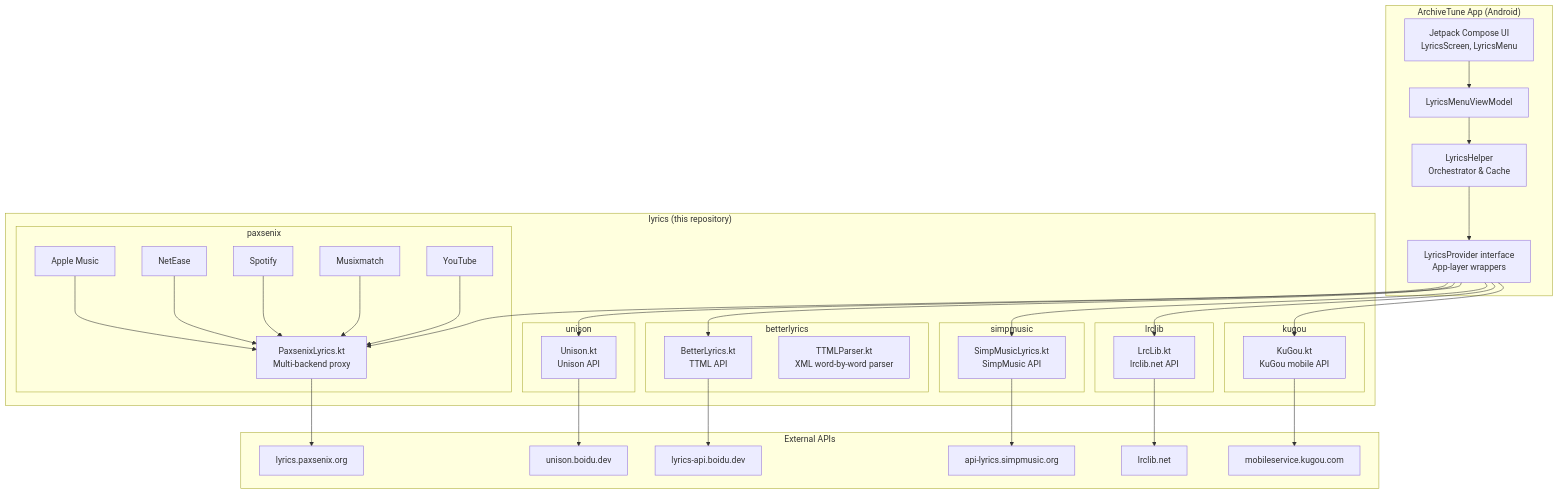
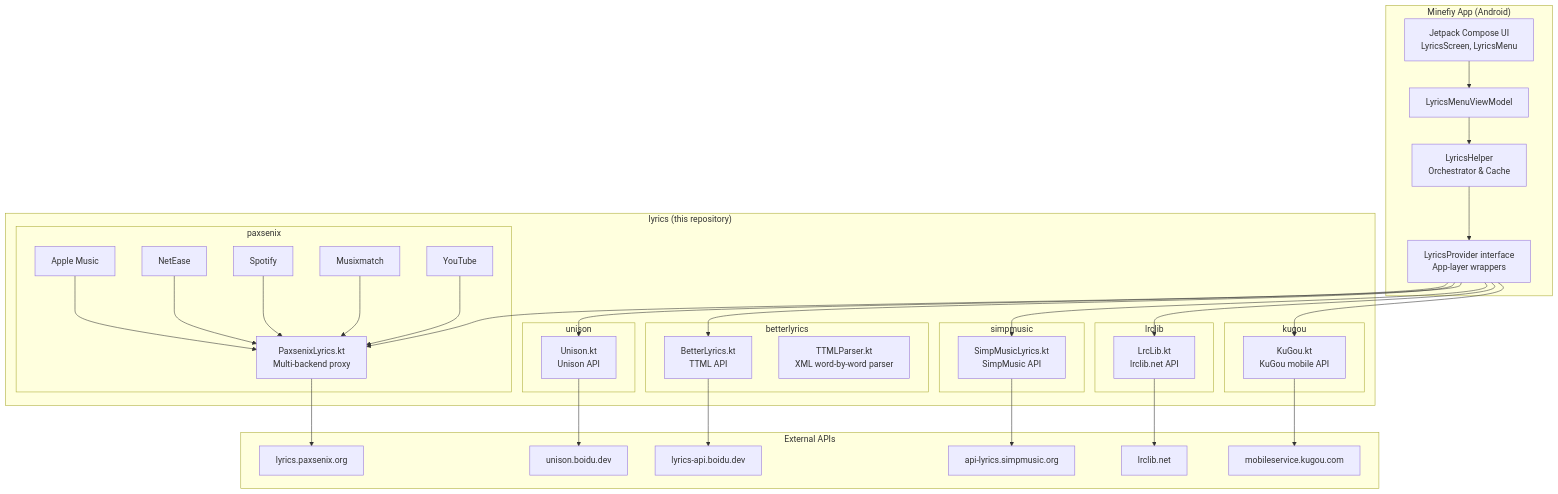
Before and after one commit to LOWENDLAGANI/Minefiy-V2: the diagram in lyrics/README.md, drawn with Mermaid. The commit also changed other lines of this file and 1953 other files, not shown here.

````diff
--- a/lyrics/README.md
+++ b/lyrics/README.md
@@ -57,56 +57,56 @@
 ```mermaid
 flowchart TB
-    subgraph Android["ArchiveTune App (Android)"]
+    subgraph Android["Minefiy App (Android)"]
         UI["Jetpack Compose UI<br/>LyricsScreen, LyricsMenu"]
         VM["LyricsMenuViewModel"]
         LH["LyricsHelper<br/>Orchestrator & Cache"]
         LP["LyricsProvider interface<br/>App-layer wrappers"]
     end
 
     subgraph Lyrics["lyrics (this repository)"]
         subgraph Kugou["kugou"]
             KG["KuGou.kt<br/>KuGou mobile API"]
         end
         subgraph Lrclib["lrclib"]
             LL["LrcLib.kt<br/>lrclib.net API"]
         end
         subgraph Simpmusic["simpmusic"]
             SM["SimpMusicLyrics.kt<br/>SimpMusic API"]
         end
         subgraph Paxsenix["paxsenix"]
             PX["PaxsenixLyrics.kt<br/>Multi-backend proxy"]
             PXAM["Apple Music"]
             PXNE["NetEase"]
             PXSP["Spotify"]
             PXMX["Musixmatch"]
             PXYT["YouTube"]
         end
         subgraph Betterlyrics["betterlyrics"]
             BL["BetterLyrics.kt<br/>TTML API"]
             TTP["TTMLParser.kt<br/>XML word-by-word parser"]
         end
         subgraph Unison["unison"]
             UN["Unison.kt<br/>Unison API"]
         end
     end
 
     subgraph External["External APIs"]
         EXKG["mobileservice.kugou.com"]
         EXLL["lrclib.net"]
         EXSM["api-lyrics.simpmusic.org"]
         EXPX["lyrics.paxsenix.org"]
         EXBL["lyrics-api.boidu.dev"]
         EXUN["unison.boidu.dev"]
     end
 
     UI --> VM --> LH
     LH --> LP
     LP --> KG & LL & SM & PX & BL & UN
     KG --> EXKG
     LL --> EXLL
     SM --> EXSM
     PX --> EXPX
     PXAM & PXNE & PXSP & PXMX & PXYT --> PX
     BL --> EXBL
     UN --> EXUN
 ```
````
